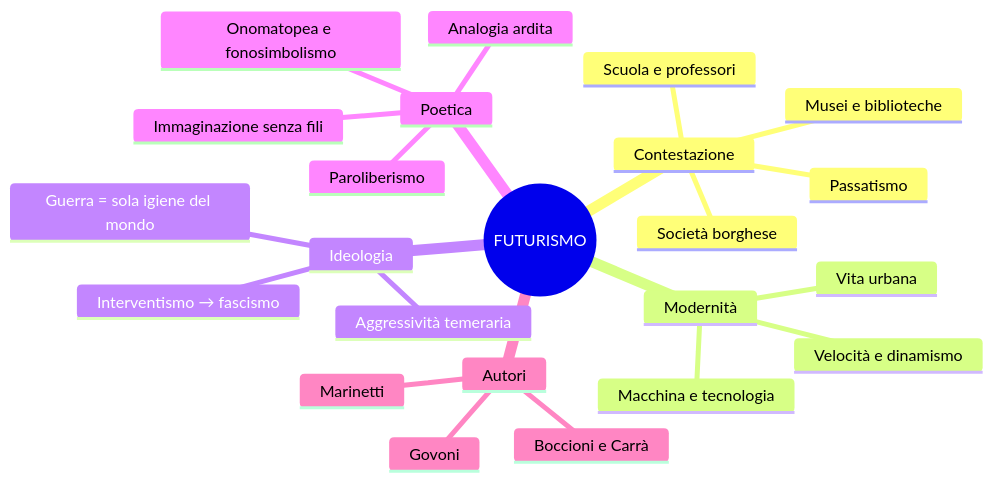
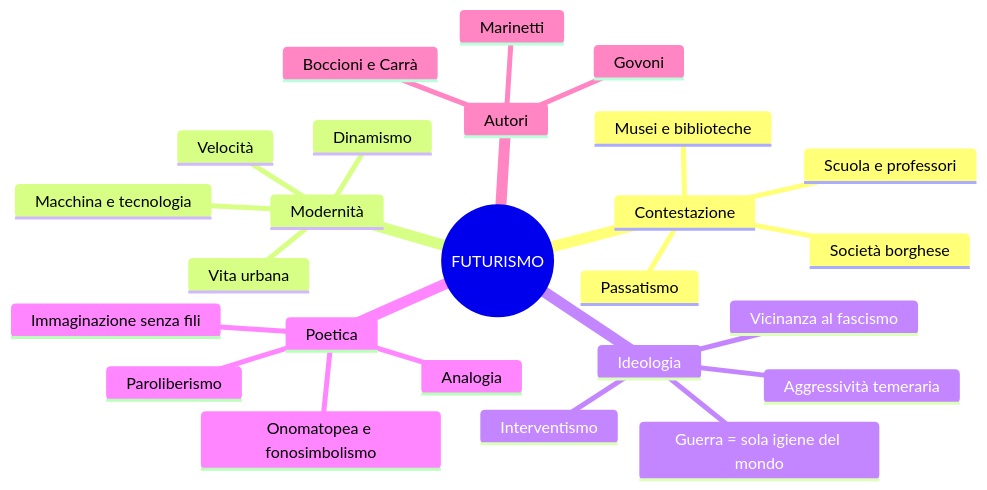
The first of 3 diagrams in italiano/futurismo/riassunto.md (riccardo-algorime/appunti-5Bsa), drawn with Mermaid before and after one commit. The commit also changed other lines of this file and 7 other files, not shown here.

````diff
--- a/italiano/futurismo/riassunto.md
+++ b/italiano/futurismo/riassunto.md
@@ -47,26 +62,28 @@
 ```mermaid
 mindmap
   root((FUTURISMO))
     Contestazione
       Società borghese
       Passatismo
       Musei e biblioteche
       Scuola e professori
     Modernità
-      Velocità e dinamismo
+      Velocità
+      Dinamismo
       Macchina e tecnologia
       Vita urbana
     Ideologia
       Guerra = sola igiene del mondo
-      Interventismo → fascismo
+      Interventismo
+      Vicinanza al fascismo
       Aggressività temeraria
     Poetica
       Paroliberismo
       Immaginazione senza fili
-      Analogia ardita
+      Analogia
       Onomatopea e fonosimbolismo
     Autori
       Marinetti
       Govoni
       Boccioni e Carrà
 ```
````
